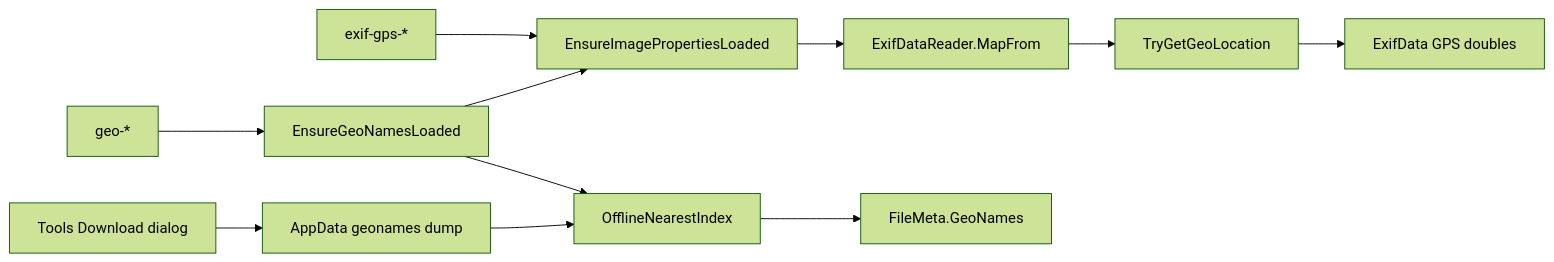
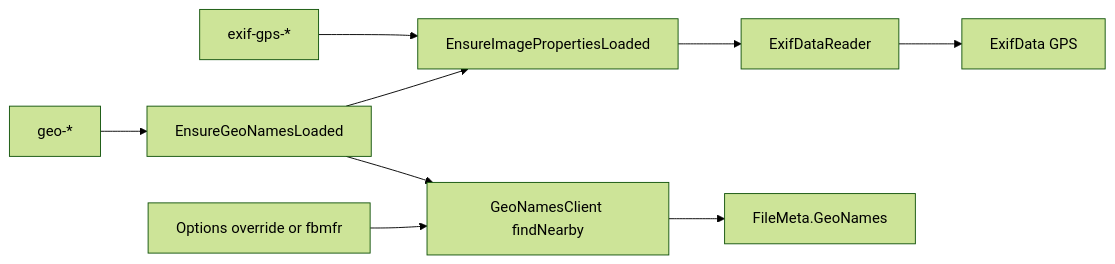
The second of 2 diagrams in docs/plans/typed-gps-geonames.plan.md (davidohana/finebytes), drawn with Mermaid (forest theme) before and after one commit. The commit also changed other lines of this file, not shown here.

````diff
--- a/docs/plans/typed-gps-geonames.plan.md
+++ b/docs/plans/typed-gps-geonames.plan.md
@@ -286,13 +114,11 @@
 ```mermaid
 flowchart LR
   gpsTokens["exif-gps-*"] --> ensureImg[EnsureImagePropertiesLoaded]
-  ensureImg --> reader[ExifDataReader.MapFrom]
-  reader --> meGps["TryGetGeoLocation"]
-  meGps --> exifDto["ExifData GPS doubles"]
+  ensureImg --> reader[ExifDataReader]
+  reader --> exifDto[ExifData GPS]
   geoTokens["geo-*"] --> ensureGeo[EnsureGeoNamesLoaded]
   ensureGeo --> ensureImg
-  ensureGeo --> index[OfflineNearestIndex]
-  index --> geoDto[FileMeta.GeoNames]
-  options[Tools Download dialog] --> dump[AppData geonames dump]
-  dump --> index
+  ensureGeo --> client[GeoNamesClient findNearby]
+  client --> geoDto[FileMeta.GeoNames]
+  prefs["Options override or fbmfr"] --> client
 ```
````
